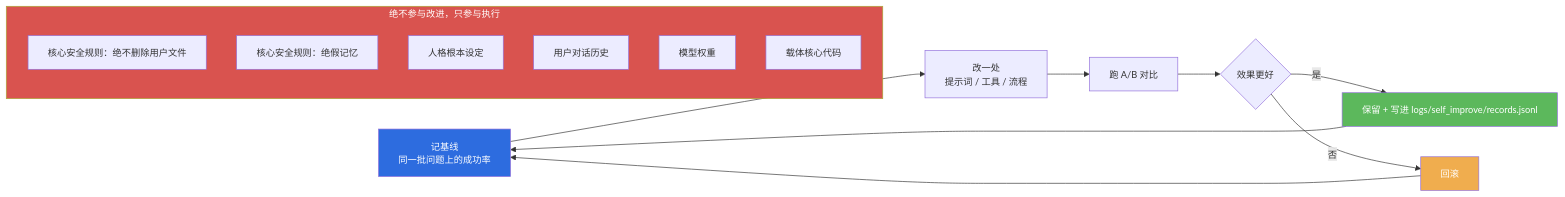
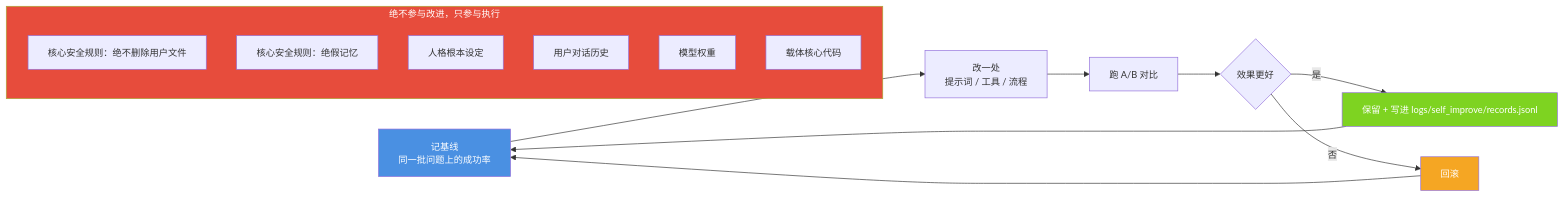
Before and after one commit to jiangchuangege/xiaojiao-harnees: diagram 14 of 20 in docs/architecture-diagrams.md, drawn with Mermaid. The commit also changed other lines of this file and 32 other files, not shown here.

Commit message:
统一：全仓原理图配色到一套调色板 + 给 12 张灰图补色 + 修正自己会睡那张过期图

````diff
--- a/docs/architecture-diagrams.md
+++ b/docs/architecture-diagrams.md
@@ -495,23 +495,23 @@
 ```mermaid
 %%{init: {"themeVariables": {"fontSize": "14px"}, "flowchart": {"htmlLabels": true, "wrappingWidth": 340, "nodeSpacing": 46, "rankSpacing": 64, "useMaxWidth": true}}}%%
 flowchart LR
     B["记基线<br/>同一批问题上的成功率"] --> C["改一处<br/>提示词 / 工具 / 流程"]
     C --> A["跑 A/B 对比"]
     A --> D{"效果更好"}
     D -->|是| K["保留 + 写进 logs/self_improve/records.jsonl"]
     D -->|否| U["回滚"]
     K --> B
     U --> B
     subgraph NEVER["绝不参与改进，只参与执行"]
         N1["核心安全规则：绝不删除用户文件"]
         N2["核心安全规则：绝假记忆"]
         N3["人格根本设定"]
         N4["用户对话历史"]
         N5["模型权重"]
         N6["载体核心代码"]
     end
-    style B fill:#2d6cdf,color:#fff
-    style K fill:#5cb85c,color:#fff
-    style U fill:#f0ad4e,color:#fff
-    style NEVER fill:#d9534f,color:#fff
+    style B fill:#4A90E2,color:#fff
+    style K fill:#7ED321,color:#fff
+    style U fill:#F5A623,color:#fff
+    style NEVER fill:#E74C3C,color:#fff
 ```
````
